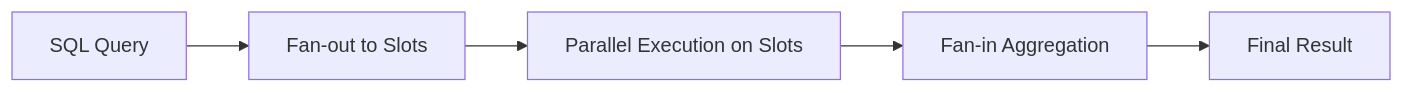
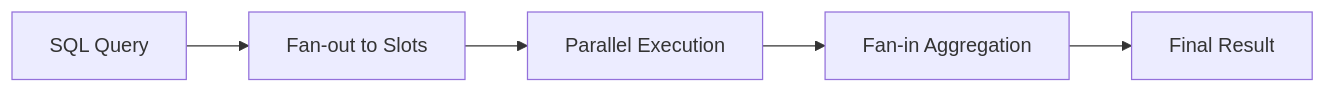
The fourth of 8 diagrams in GCP-interview.md (blaire101/DE2-AWS-Azure-GCP-2025), drawn with Mermaid before and after one commit. The commit also changed other lines of this file, not shown here.

````diff
--- a/GCP-interview.md
+++ b/GCP-interview.md
@@ -191,7 +130,7 @@
 ```mermaid
 flowchart LR
     A[SQL Query] --> B[Fan-out to Slots]
-    B --> C[Parallel Execution on Slots]
+    B --> C[Parallel Execution]
     C --> D[Fan-in Aggregation]
     D --> E[Final Result]
 ```
````
